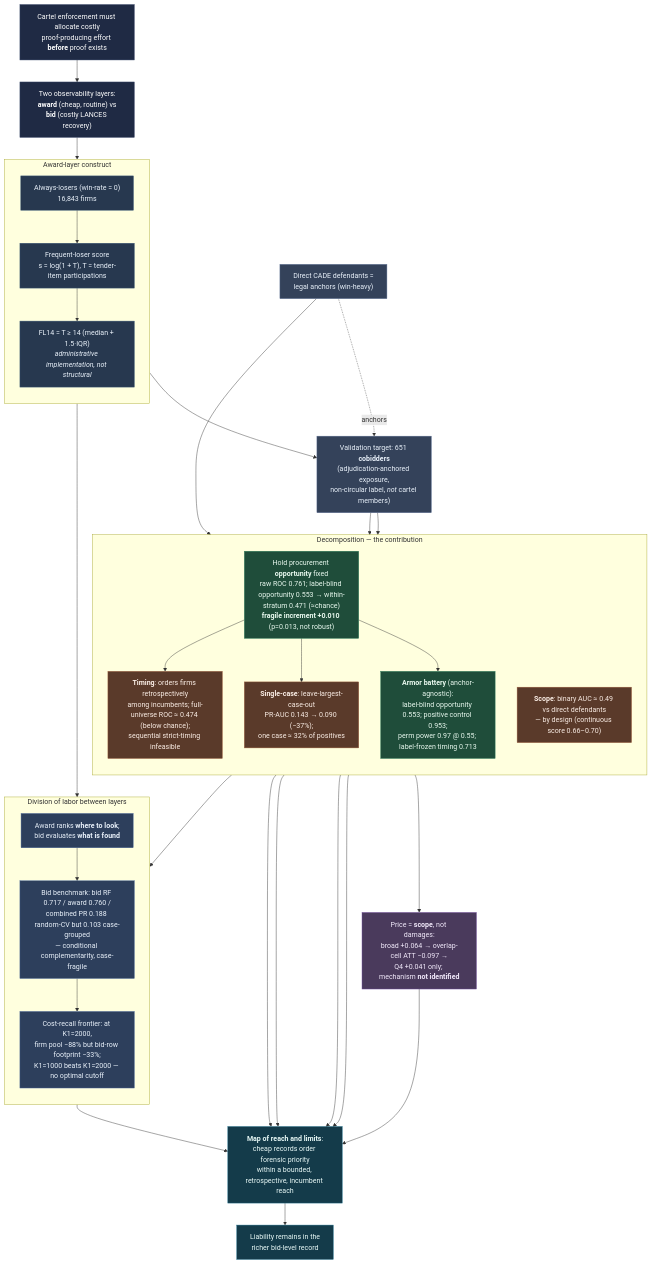
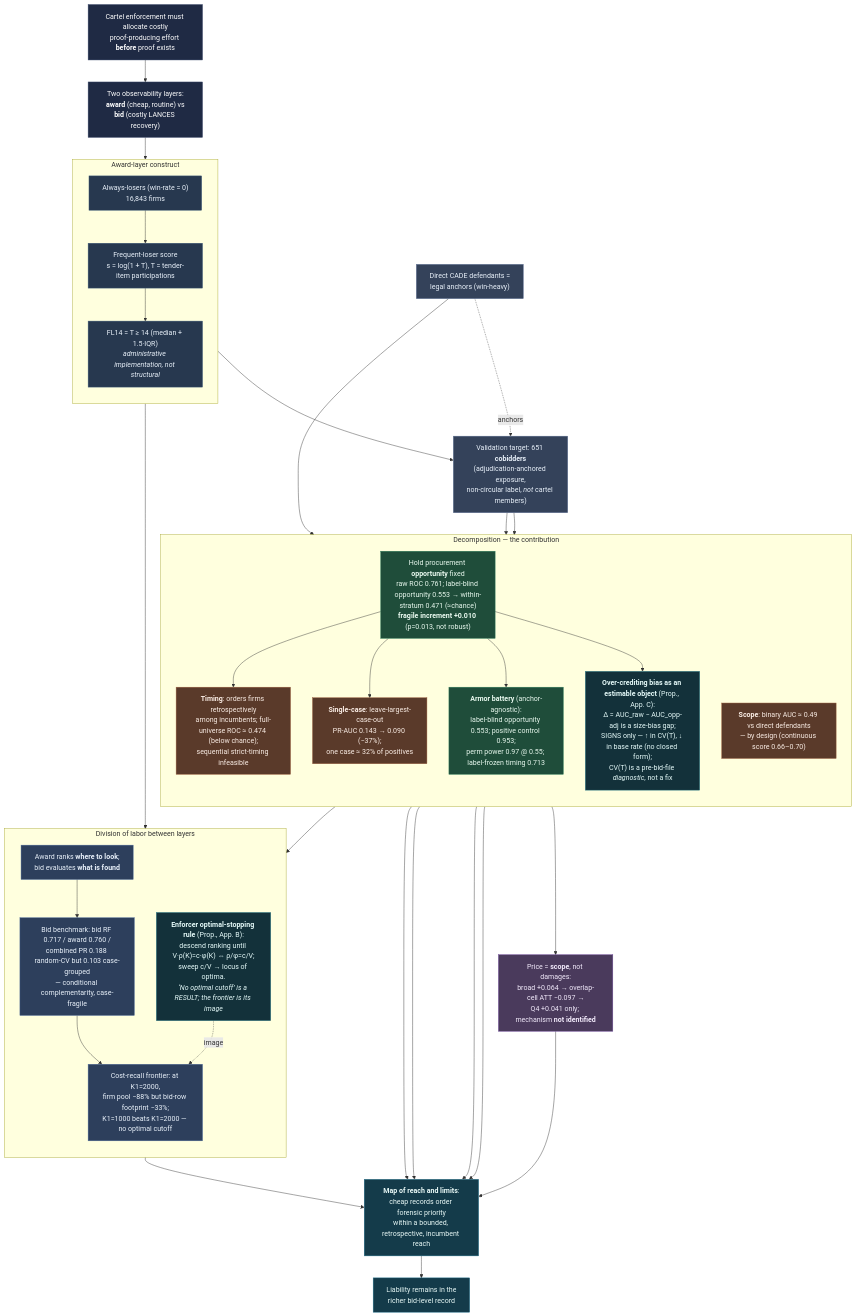
One commit to darciogm/darciogm.github.io changed the diagram in docs/research/frequent-losers/dag.md. Above: the diagram before and after it, drawn with Mermaid. The commit also changed other lines of this file and 16 other files, not shown here.

First line of the commit message:
paper3 v24: site reframe — positive contribution (enforcer stopping rule + over-crediting bias object) across all 15 FL pages + working-papers + research landing

````diff
--- a/docs/research/frequent-losers/dag.md
+++ b/docs/research/frequent-losers/dag.md
@@ -15,74 +15,79 @@
 ```mermaid
 flowchart TD
     %% ---------- Premise ----------
     P0["Cartel enforcement must allocate costly<br/>proof-producing effort <b>before</b> proof exists"]:::premise
     P1["Two observability layers:<br/><b>award</b> (cheap, routine) vs<br/><b>bid</b> (costly LANCES recovery)"]:::premise
     P0 --> P1
 
     %% ---------- Construct ----------
     subgraph CON["Award-layer construct"]
       direction TB
       C1["Always-losers (win-rate = 0)<br/>16,843 firms"]:::obj
       C2["Frequent-loser score<br/>s = log(1 + T), T = tender-item participations"]:::obj
       C3["FL14 = T &ge; 14 (median + 1.5&middot;IQR)<br/><i>administrative implementation, not structural</i>"]:::obj
       C1 --> C2 --> C3
     end
     P1 --> C1
 
     %% ---------- Validation target ----------
     V1["Validation target: 651 <b>cobidders</b><br/>(adjudication-anchored exposure,<br/>non-circular label, <i>not</i> cartel members)"]:::target
     V2["Direct CADE defendants =<br/>legal anchors (win-heavy)"]:::target
     C2 --> V1
     V2 -. anchors .-> V1
 
     %% ---------- Decomposition: the method ----------
     subgraph DEC["Decomposition — the contribution"]
       direction TB
       D1["Hold procurement <b>opportunity</b> fixed<br/>raw ROC 0.761; label-blind opportunity 0.553 &rarr; within-stratum 0.471 (&approx;chance)<br/><b>fragile increment +0.010</b> (p=0.013, not robust)"]:::method
       D2["<b>Timing</b>: orders firms retrospectively<br/>among incumbents; full-universe ROC &approx; 0.474 (below chance);<br/>sequential strict-timing infeasible"]:::limit
       D3["<b>Single-case</b>: leave-largest-case-out<br/>PR-AUC 0.143 &rarr; 0.090 (&minus;37%);<br/>one case &approx; 32% of positives"]:::limit
       D4["<b>Scope</b>: binary AUC &approx; 0.49 vs direct defendants<br/>&mdash; by design (continuous score 0.66&ndash;0.70)"]:::limit
       D5["<b>Armor battery</b> (anchor-agnostic):<br/>label-blind opportunity 0.553; positive control 0.953;<br/>perm power 0.97 @ 0.55; label-frozen timing 0.713"]:::method
+      D6["<b>Over-crediting bias as an estimable object</b> (Prop., App. C):<br/>&Delta; = AUC_raw &minus; AUC_opp-adj is a size-bias gap;<br/>SIGNS only &mdash; &uarr; in CV(T), &darr; in base rate (no closed form);<br/>CV(T) is a pre-bid-file <i>diagnostic</i>, not a fix"]:::model
     end
     V1 --> D1
     D1 --> D2
     D1 --> D3
     V1 --> D4
     V2 --> D4
     D1 --> D5
+    D1 --> D6
 
     %% ---------- Architecture ----------
     subgraph ARC["Division of labor between layers"]
       direction TB
       A1["Award ranks <b>where to look</b>;<br/>bid evaluates <b>what is found</b>"]:::arch
       A2["Bid benchmark: bid RF 0.717 / award 0.760 /<br/>combined PR 0.188 random-CV but 0.103 case-grouped<br/>&mdash; conditional complementarity, case-fragile"]:::arch
       A3["Cost-recall frontier: at K1=2000,<br/>firm pool &minus;88% but bid-row footprint &minus;33%;<br/>K1=1000 beats K1=2000 &mdash; no optimal cutoff"]:::arch
+      A4["<b>Enforcer optimal-stopping rule</b> (Prop., App. B):<br/>descend ranking until V&middot;&rho;(K)=c&middot;&phi;(K) &hArr; &rho;/&phi;=c/V;<br/>sweep c/V &rarr; locus of optima.<br/><i>&lsquo;No optimal cutoff&rsquo; is a RESULT; the frontier is its image</i>"]:::model
       A1 --> A2 --> A3
+      A4 -. image .-> A3
     end
     D1 --> A1
     C3 --> A3
 
     %% ---------- Price (scope) ----------
     PR1["Price = <b>scope</b>, not damages:<br/>broad +0.064 &rarr; overlap-cell ATT &minus;0.097 &rarr;<br/>Q4 +0.041 only; mechanism <b>not identified</b>"]:::scope
     D4 --> PR1
 
     %% ---------- Conclusion ----------
     Z1["<b>Map of reach and limits</b>:<br/>cheap records order forensic priority<br/>within a bounded, retrospective, incumbent reach"]:::concl
     Z2["Liability remains in the<br/>richer bid-level record"]:::concl
     D1 --> Z1
     D2 --> Z1
     D3 --> Z1
     D5 --> Z1
     A3 --> Z1
     PR1 --> Z1
     Z1 --> Z2
 
     classDef premise fill:#1f2a44,stroke:#3b4a6b,color:#fff;
     classDef obj fill:#27384f,stroke:#3e5c79,color:#eaf2fb;
     classDef target fill:#34425a,stroke:#5b6f93,color:#eaf2fb;
     classDef method fill:#1f4d3a,stroke:#2e7d5b,color:#eafaf0;
     classDef limit fill:#5a3a2a,stroke:#9a5b3b,color:#fbeee6;
     classDef arch fill:#2d3f5c,stroke:#4a679a,color:#eaf2fb;
     classDef scope fill:#4a3a5c,stroke:#6f4a9a,color:#f2eafb;
     classDef concl fill:#143b4a,stroke:#1f6f8b,color:#eafaf8;
+    classDef model fill:#13313a,stroke:#2a7d8b,color:#e6fbfa;
 ```
````
